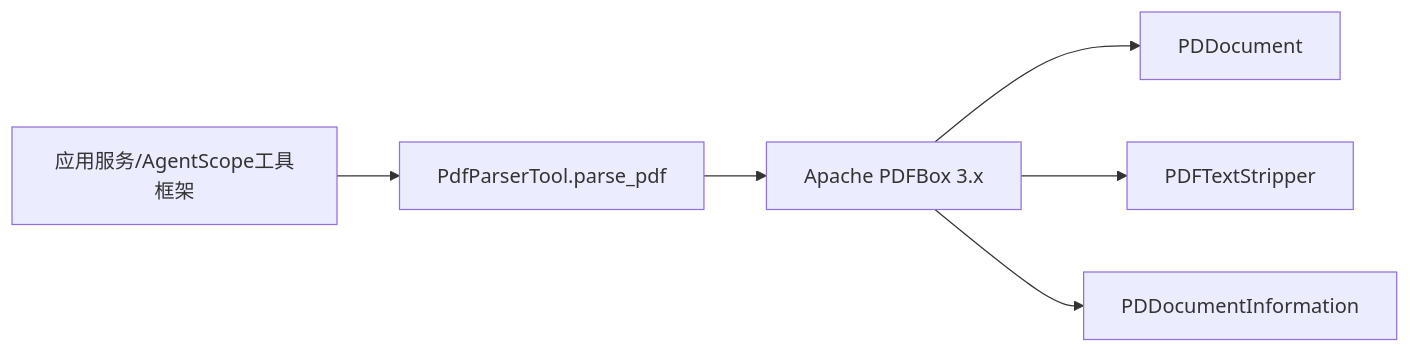
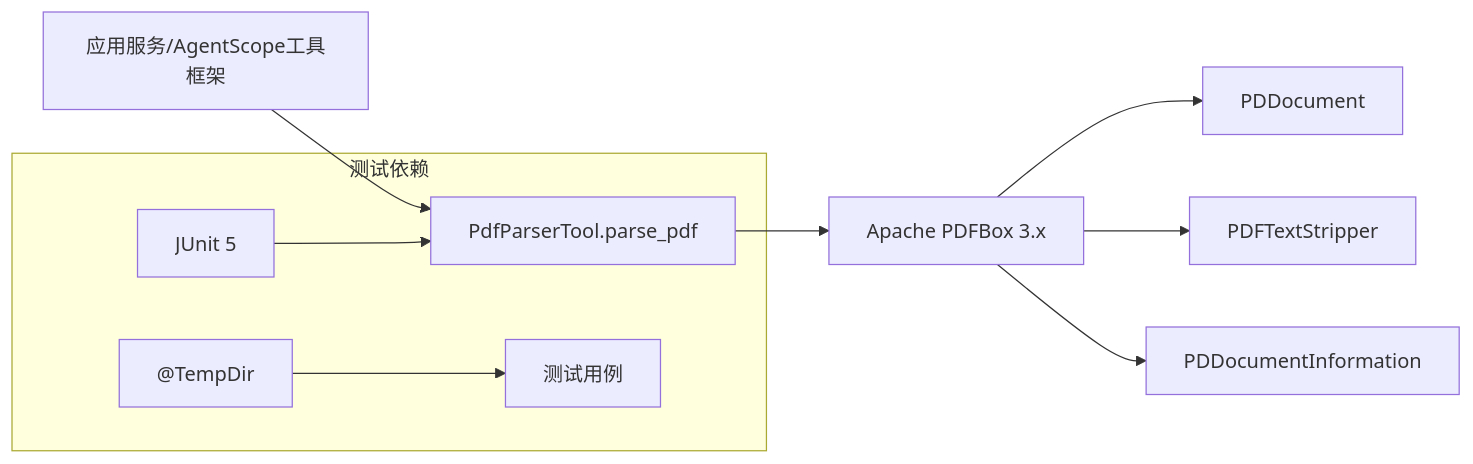
Before and after one commit to tinyhu/agentscope-demo: the fifth of 5 diagrams in .qoder/repowiki/zh/content/工具系统/文档处理工具/PDF文档解析工具.md, drawn with Mermaid. The commit also changed other lines of this file and 24 other files, not shown here.

````diff
--- a/.qoder/repowiki/zh/content/工具系统/文档处理工具/PDF文档解析工具.md
+++ b/.qoder/repowiki/zh/content/工具系统/文档处理工具/PDF文档解析工具.md
@@ -140,8 +177,12 @@
 ```mermaid
 graph LR
-    App["应用服务/AgentScope工具框架"] --> T["PdfParserTool.parse_pdf"]
-    T --> PD["Apache PDFBox 3.x"]
-    PD --> Doc["PDDocument"]
-    PD --> Str["PDFTextStripper"]
-    PD --> Meta["PDDocumentInformation"]
+App["应用服务/AgentScope工具框架"] --> T["PdfParserTool.parse_pdf"]
+T --> PD["Apache PDFBox 3.x"]
+PD --> Doc["PDDocument"]
+PD --> Str["PDFTextStripper"]
+PD --> Meta["PDDocumentInformation"]
+subgraph "测试依赖"
+JUnit["JUnit 5"] --> T
+TempDir["@TempDir"] --> Tests["测试用例"]
+end
 ```
````
